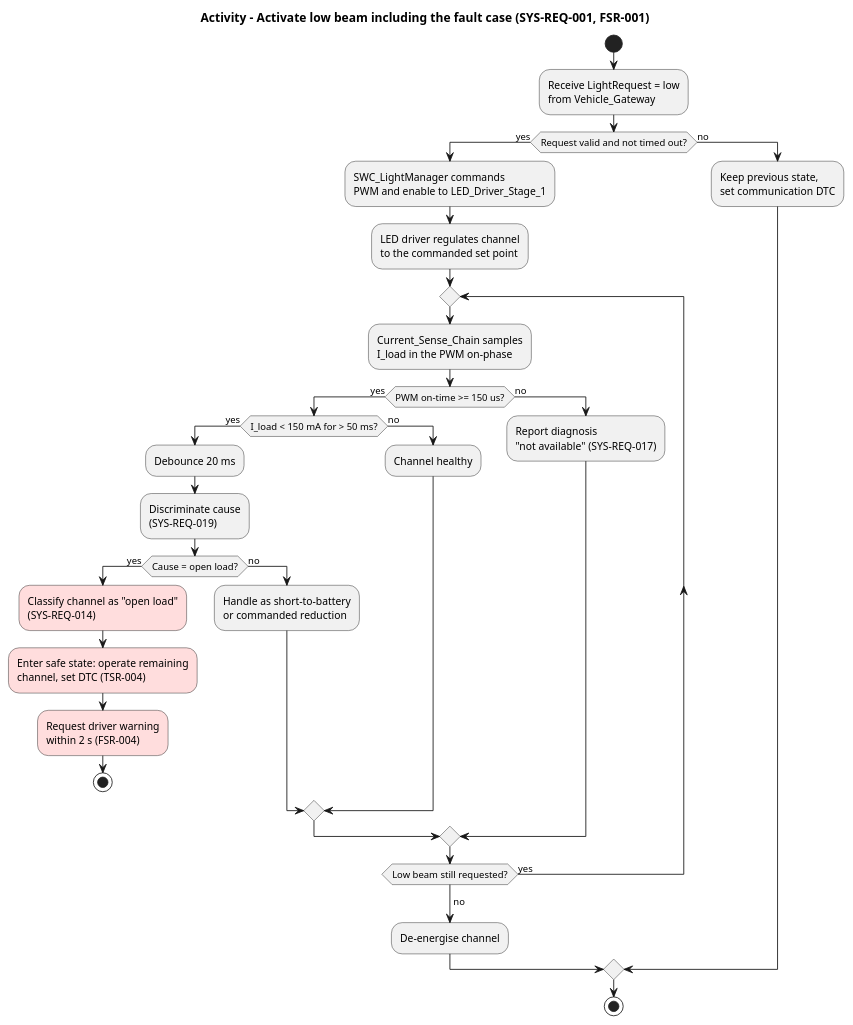
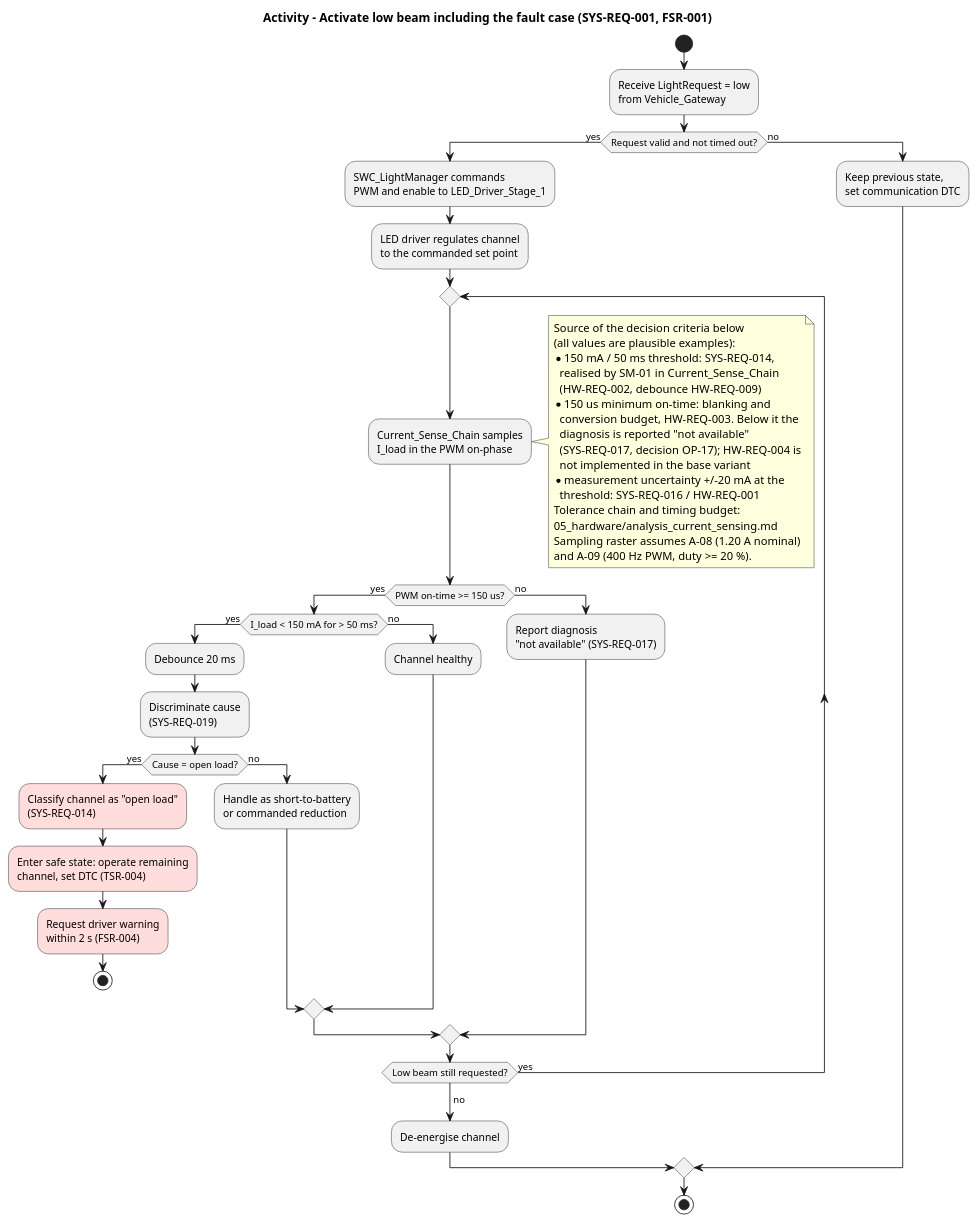
One commit to bny61/beleuchtungssystem-aspice changed the diagram in 03_model/plantuml/act_low_beam.puml. Above: the diagram before and after it, drawn with PlantUML. The commit also changed 3 other files, not shown here.

```diff
--- a/03_model/plantuml/act_low_beam.puml
+++ b/03_model/plantuml/act_low_beam.puml
@@ -1,36 +1,54 @@
 @startuml act_low_beam
 title Activity - Activate low beam including the fault case (SYS-REQ-001, FSR-001)
 
 start
 :Receive LightRequest = low\nfrom Vehicle_Gateway;
 if (Request valid and not timed out?) then (yes)
   :SWC_LightManager commands\nPWM and enable to LED_Driver_Stage_1;
   :LED driver regulates channel\nto the commanded set point;
   repeat
     :Current_Sense_Chain samples\nI_load in the PWM on-phase;
+    note right
+      Source of the decision criteria below
+      (all values are plausible examples):
+      * 150 mA / 50 ms threshold: SYS-REQ-014,
+        realised by SM-01 in Current_Sense_Chain
+        (HW-REQ-002, debounce HW-REQ-009)
+      * 150 us minimum on-time: blanking and
+        conversion budget, HW-REQ-003. Below it the
+        diagnosis is reported "not available"
+        (SYS-REQ-017, decision OP-17); HW-REQ-004 is
+        not implemented in the base variant
+      * measurement uncertainty +/-20 mA at the
+        threshold: SYS-REQ-016 / HW-REQ-001
+      Tolerance chain and timing budget:
+      05_hardware/analysis_current_sensing.md
+      Sampling raster assumes A-08 (1.20 A nominal)
+      and A-09 (400 Hz PWM, duty >= 20 %).
+    end note
     if (PWM on-time >= 150 us?) then (yes)
       if (I_load < 150 mA for > 50 ms?) then (yes)
         :Debounce 20 ms;
         :Discriminate cause\n(SYS-REQ-019);
         if (Cause = open load?) then (yes)
           #FFDDDD:Classify channel as "open load"\n(SYS-REQ-014);
           #FFDDDD:Enter safe state: operate remaining\nchannel, set DTC (TSR-004);
           #FFDDDD:Request driver warning\nwithin 2 s (FSR-004);
           stop
         else (no)
           :Handle as short-to-battery\nor commanded reduction;
         endif
       else (no)
         :Channel healthy;
       endif
     else (no)
       :Report diagnosis\n"not available" (SYS-REQ-017);
     endif
   repeat while (Low beam still requested?) is (yes)
   ->no;
   :De-energise channel;
 else (no)
   :Keep previous state,\nset communication DTC;
 endif
 stop
 @enduml
```
